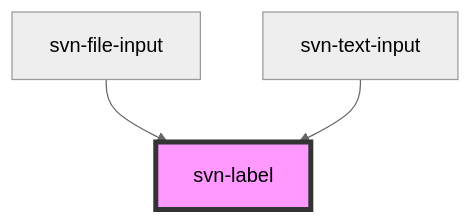
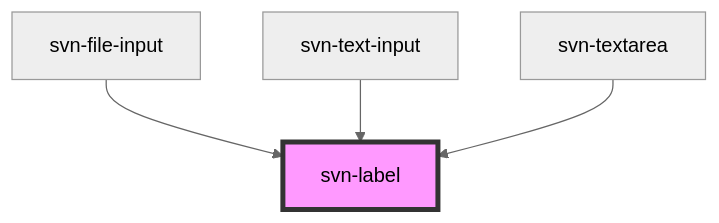
One commit to Nclemen/seven-core changed the diagram in src/components/svn-label/readme.md. Above: the diagram before and after it, drawn with Mermaid (neutral theme). The commit also changed other lines of this file and 10 other files, not shown here.

````diff
--- a/src/components/svn-label/readme.md
+++ b/src/components/svn-label/readme.md
@@ -24,6 +25,7 @@
 ```mermaid
 graph TD;
   svn-file-input --> svn-label
   svn-text-input --> svn-label
+  svn-textarea --> svn-label
   style svn-label fill:#f9f,stroke:#333,stroke-width:4px
 ```
````
